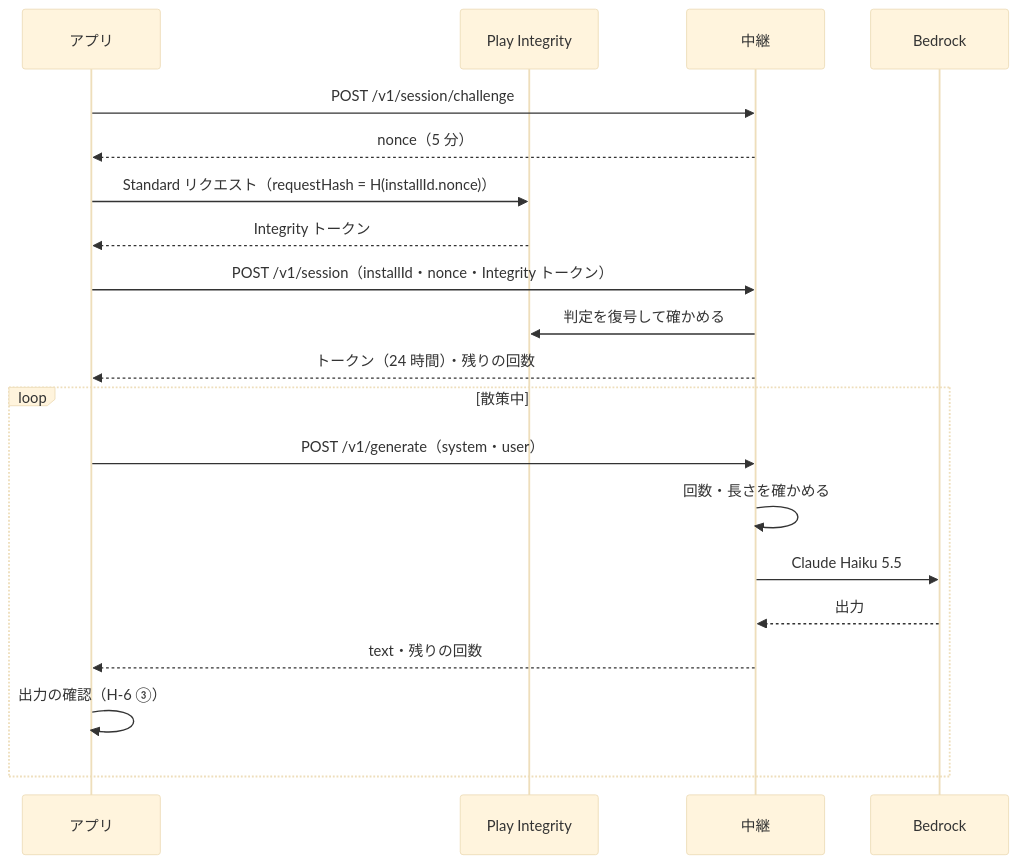
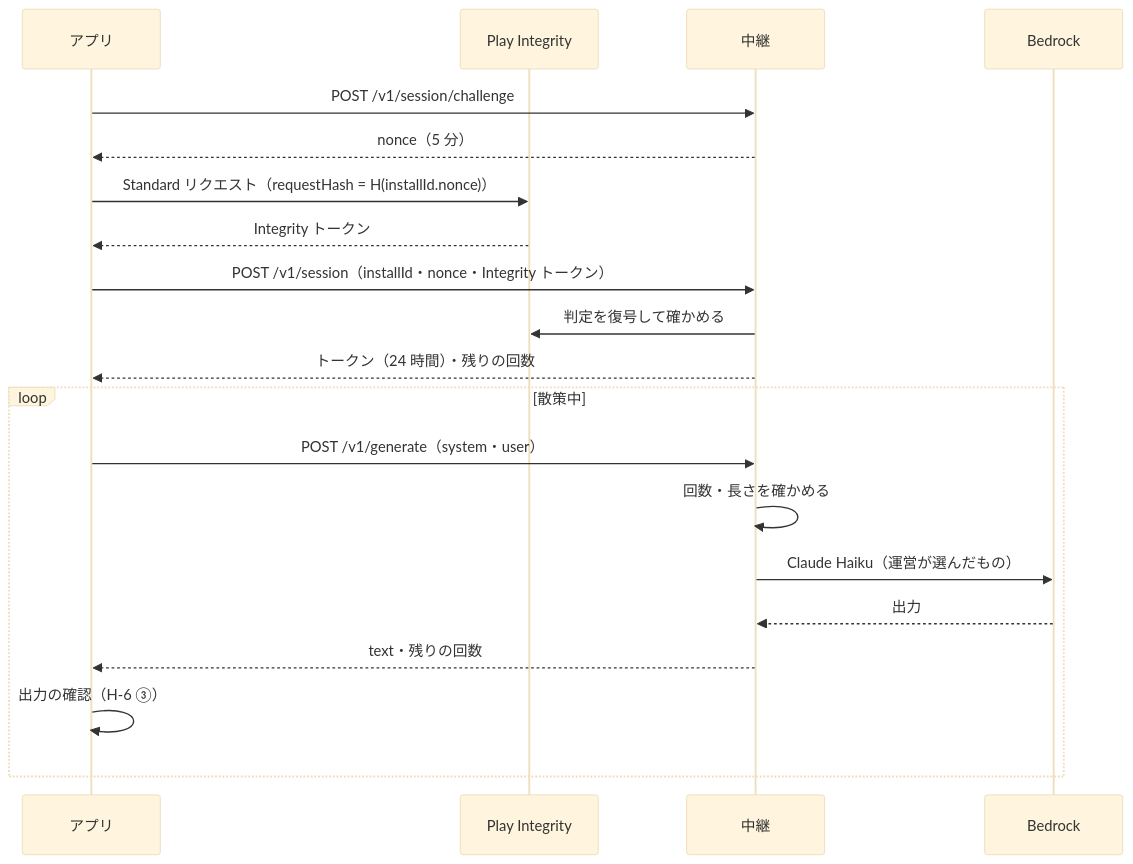
The diagram in docs/contracts/API-AI-RELAY.md (duwenji/yorisoi-platform), drawn with Mermaid (base theme) before and after one commit. The commit also changed other lines of this file and 2 other files, not shown here.

First line of the commit message:
docs: the relay starts on Haiku 4.5 and the operator switches models

````diff
--- a/docs/contracts/API-AI-RELAY.md
+++ b/docs/contracts/API-AI-RELAY.md
@@ -64,22 +64,22 @@
 ```mermaid
 sequenceDiagram
     participant A as アプリ
     participant P as Play Integrity
     participant R as 中継
     participant B as Bedrock
     A->>R: POST /v1/session/challenge
     R-->>A: nonce（5 分）
     A->>P: Standard リクエスト（requestHash = H(installId.nonce)）
     P-->>A: Integrity トークン
     A->>R: POST /v1/session（installId・nonce・Integrity トークン）
     R->>P: 判定を復号して確かめる
     R-->>A: トークン（24 時間）・残りの回数
     loop 散策中
         A->>R: POST /v1/generate（system・user）
         R->>R: 回数・長さを確かめる
-        R->>B: Claude Haiku 5.5
+        R->>B: Claude Haiku（運営が選んだもの）
         B-->>R: 出力
         R-->>A: text・残りの回数
         A->>A: 出力の確認（H-6 ③）
     end
 ```
````
